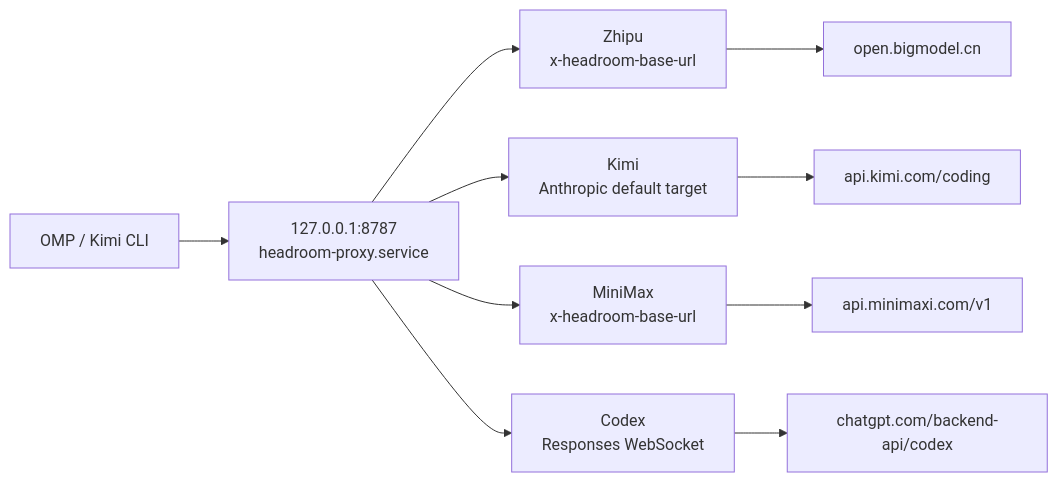
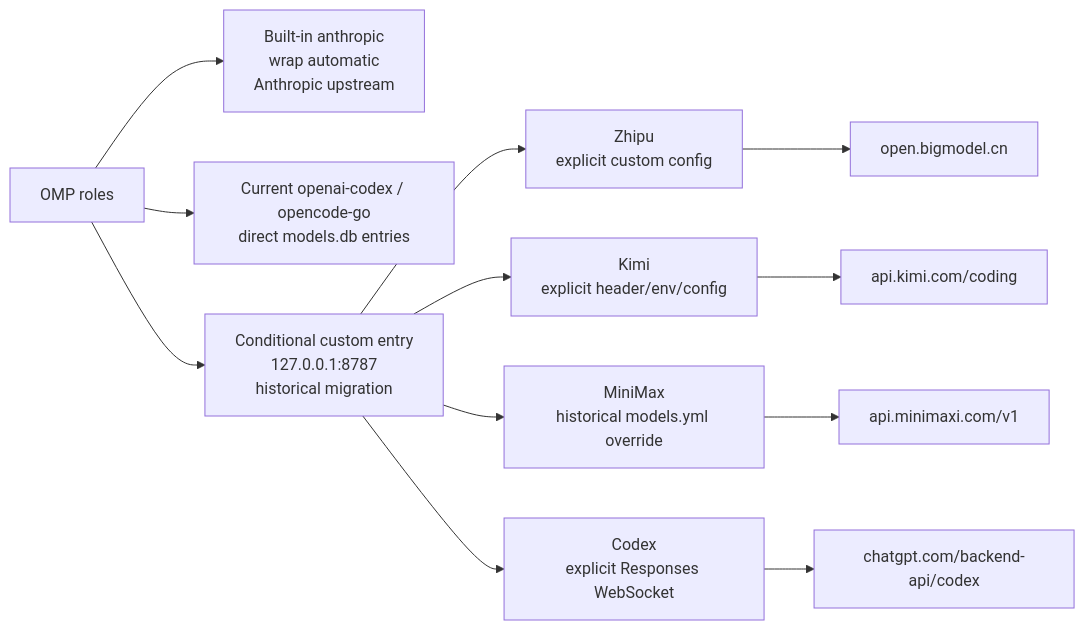
Before and after one commit to DavidHLP/DavidHLP.github.io: the diagram in src/content/note/en/headroom-single-port-evolution.md, drawn with Mermaid. The commit also changed other lines of this file and 8 other files, not shown here.

First line of the commit message:
docs(note): reframe headroom/omp guides around official wrap-only path

````diff
--- a/src/content/note/en/headroom-single-port-evolution.md
+++ b/src/content/note/en/headroom-single-port-evolution.md
@@ -47,12 +69,14 @@
 ```mermaid
 flowchart LR
-  A["OMP / Kimi CLI"] --> H["127.0.0.1:8787<br/>headroom-proxy.service"]
-  H --> Z["Zhipu<br/>x-headroom-base-url"]
-  H --> K["Kimi<br/>Anthropic default target"]
-  H --> M["MiniMax<br/>x-headroom-base-url"]
-  H --> C["Codex<br/>Responses WebSocket"]
+  A["OMP roles"] --> AN["Built-in anthropic<br/>wrap automatic<br/>Anthropic upstream"]
+  A --> D["Current openai-codex / opencode-go<br/>direct models.db entries"]
+  A --> H["Conditional custom entry<br/>127.0.0.1:8787<br/>historical migration"]
+  H --> Z["Zhipu<br/>explicit custom config"]
+  H --> K["Kimi<br/>explicit header/env/config"]
+  H --> M["MiniMax<br/>historical models.yml override"]
+  H --> C["Codex<br/>explicit Responses WebSocket"]
   Z --> ZU["open.bigmodel.cn"]
   K --> KU["api.kimi.com/coding"]
   M --> MU["api.minimaxi.com/v1"]
   C --> CU["chatgpt.com/backend-api/codex"]
 ```
````
